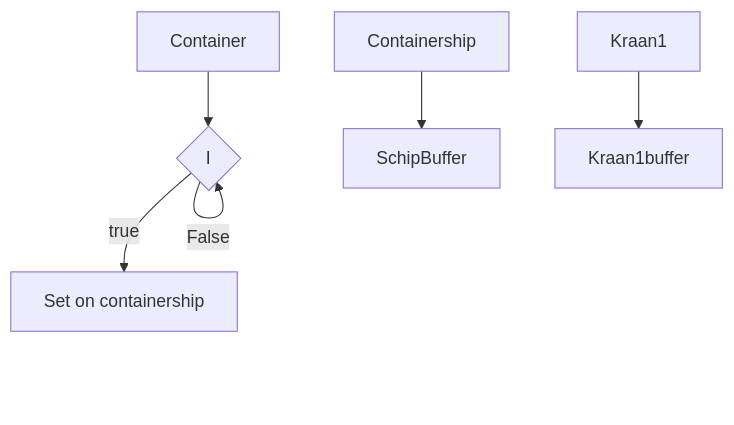
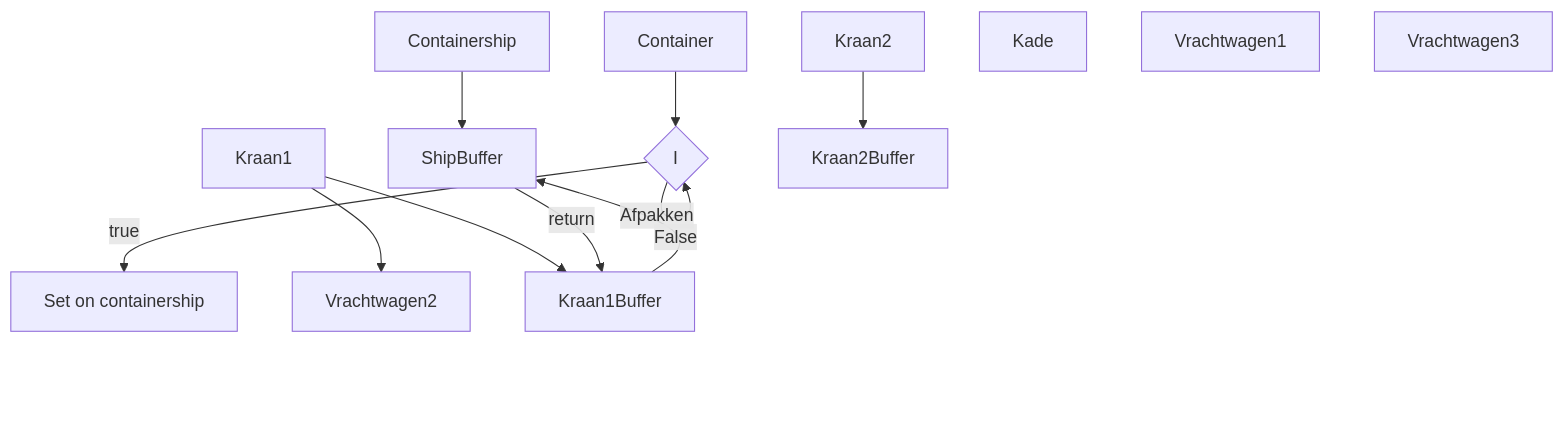
The diagram in ShipQuay/README.md (RockFreakRickerd/SameCodeDifferentLanguagues), drawn with Mermaid before and after one commit.

````diff
--- a/ShipQuay/README.md
+++ b/ShipQuay/README.md
@@ -5,7 +5,14 @@
 ```mermaid
 flowchart TD
-  A[Container] --> B{I <WantedAmountOfContainers} -- False --> B{I <WantedAmountOfContainers};
-  B -- true --> C[Set on containership];
-  D[Containership] --> E[SchipBuffer];
-  F[Kraan1] --> G[Kraan1buffer];
+  A[Container] --> I{I <WantedAmountOfContainers} -- False --> I{I <WantedAmountOfContainers};
+  I -- true --> J[Set on containership];
+  B[Containership] --> K[SchipBuffer];
+  C[Kraan1] --> G[Kraan1buffer];
+  C[Kraan1] --> L[Kraan1Buffer] -- Afpakken --> K[ShipBuffer];
+  K -- return --> L[Kraan1Buffer];
+  D[Kraan2] --> M[Kraan2Buffer];
+  E[Kade];
+  F[Vrachtwagen1];
+  G[Vrachtwagen2];
+  H[Vrachtwagen3];
 ```
````
